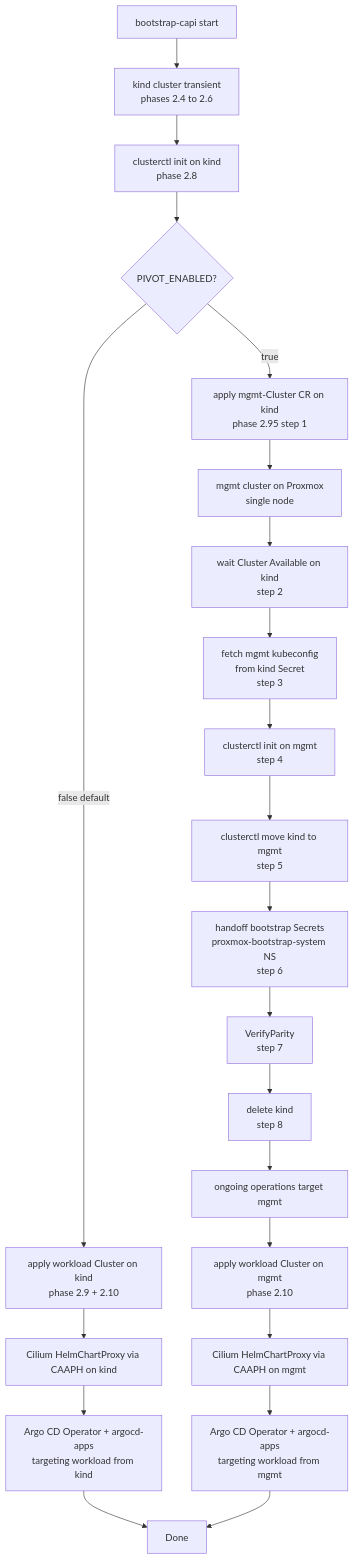
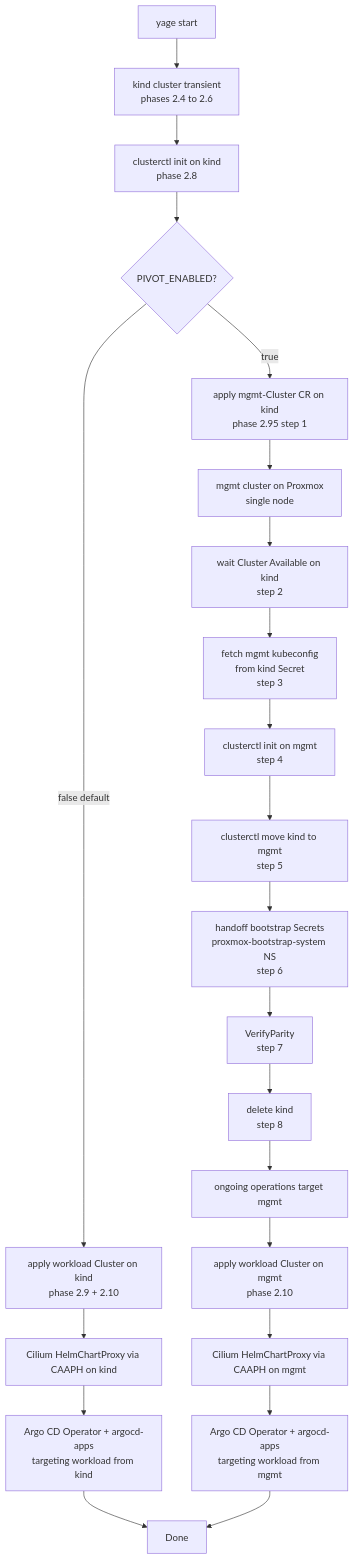
The fifth of 7 diagrams in docs/ARCHITECTURE.md (lpasquali/yage), drawn with Mermaid before and after one commit. The commit also changed other lines of this file and 106 other files, not shown here.

First line of the commit message:
refactor: rename project bootstrap-capi → yage

````diff
--- a/docs/ARCHITECTURE.md
+++ b/docs/ARCHITECTURE.md
@@ -408,27 +408,27 @@
 ```mermaid
 flowchart TD
-    START[bootstrap-capi start] --> KIND[kind cluster transient<br/>phases 2.4 to 2.6]
+    START[yage start] --> KIND[kind cluster transient<br/>phases 2.4 to 2.6]
     KIND --> PROV[clusterctl init on kind<br/>phase 2.8]
     PROV --> BRANCH{PIVOT_ENABLED?}
 
     BRANCH -- false default --> WLKIND[apply workload Cluster on kind<br/>phase 2.9 + 2.10]
     WLKIND --> CILIUMK[Cilium HelmChartProxy via CAAPH on kind]
     CILIUMK --> ARGOK[Argo CD Operator + argocd-apps<br/>targeting workload from kind]
 
     BRANCH -- true --> MGMTAPPLY[apply mgmt-Cluster CR on kind<br/>phase 2.95 step 1]
     MGMTAPPLY --> MGMT[mgmt cluster on Proxmox<br/>single node]
     MGMT --> WAIT[wait Cluster Available on kind<br/>step 2]
     WAIT --> KCFG[fetch mgmt kubeconfig<br/>from kind Secret<br/>step 3]
     KCFG --> INIT[clusterctl init on mgmt<br/>step 4]
     INIT --> MOVE[clusterctl move kind to mgmt<br/>step 5]
     MOVE --> HANDOFF[handoff bootstrap Secrets<br/>proxmox-bootstrap-system NS<br/>step 6]
     HANDOFF --> VERIFY[VerifyParity<br/>step 7]
     VERIFY --> TEARDOWN[delete kind<br/>step 8]
     TEARDOWN --> ONGOING[ongoing operations target mgmt]
     ONGOING --> WLMGMT[apply workload Cluster on mgmt<br/>phase 2.10]
     WLMGMT --> CILIUMW[Cilium HelmChartProxy via CAAPH on mgmt]
     CILIUMW --> ARGOW[Argo CD Operator + argocd-apps<br/>targeting workload from mgmt]
 
     ARGOK --> DONE[Done]
     ARGOW --> DONE
 ```
````
